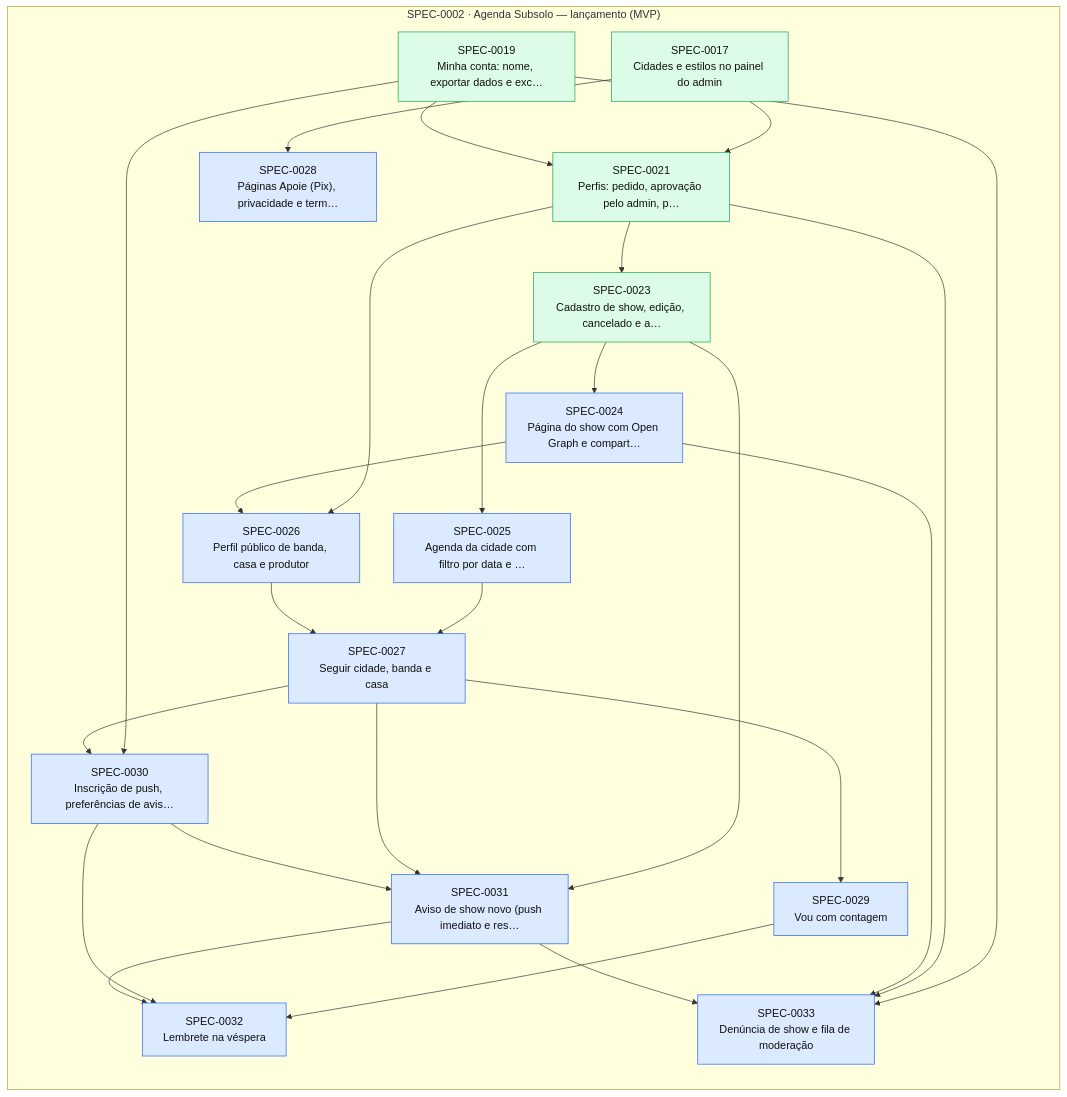
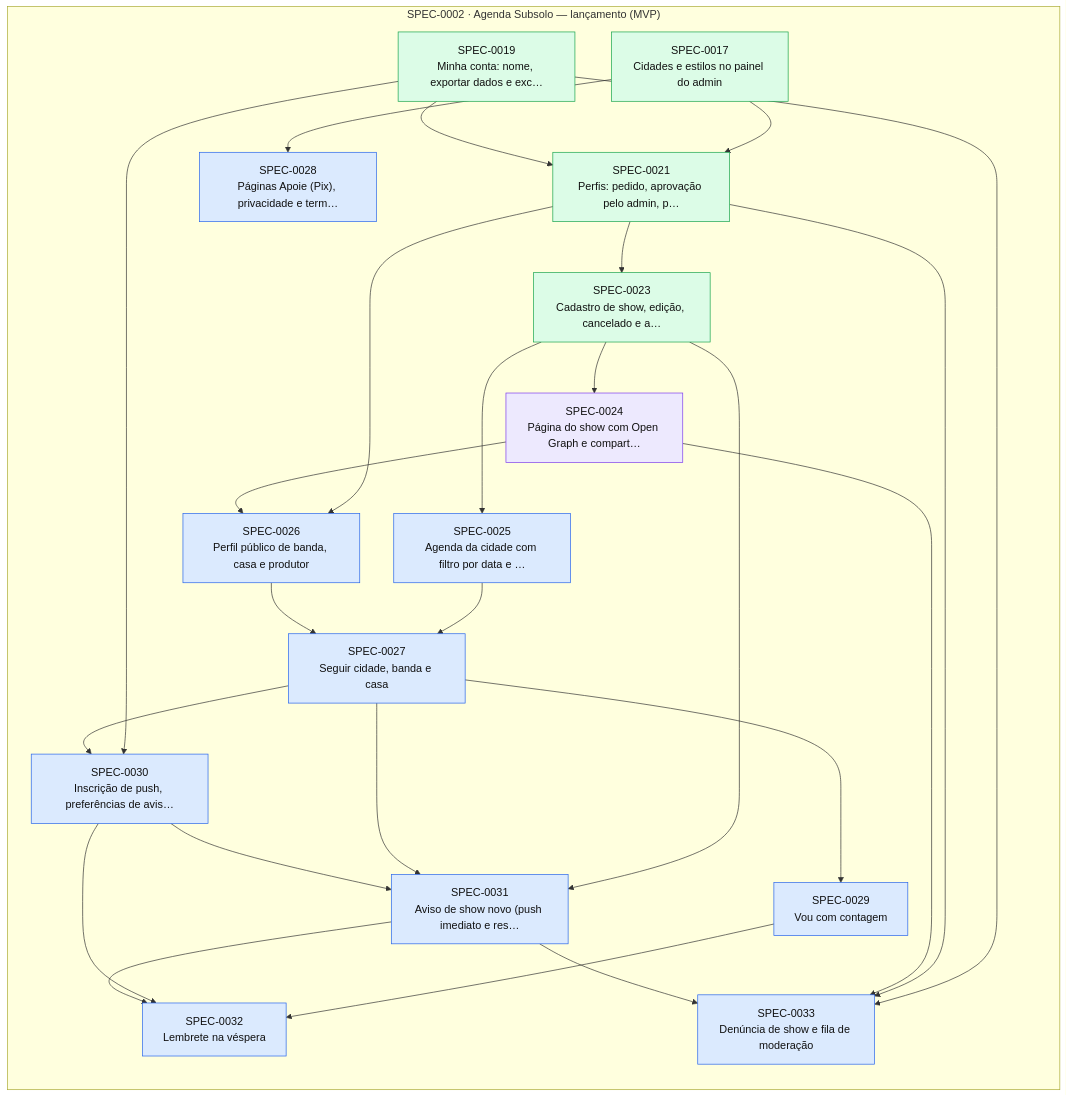
One commit to thomasravache/subsolo changed the diagram in docs/specs/INDEX.md. Above: the diagram before and after it, drawn with Mermaid. The commit also changed other lines of this file and 1 other file, not shown here.

First line of the commit message:
docs(sdd): start SPEC-0024

````diff
--- a/docs/specs/INDEX.md
+++ b/docs/specs/INDEX.md
@@ -75,47 +75,47 @@
 ```mermaid
 flowchart LR
   subgraph E0002["SPEC-0002 · Agenda Subsolo — lançamento (MVP)"]
     S0017["SPEC-0017<br/>Cidades e estilos no painel do admin"]:::implemented
     S0019["SPEC-0019<br/>Minha conta: nome, exportar dados e exc…"]:::implemented
     S0021["SPEC-0021<br/>Perfis: pedido, aprovação pelo admin, p…"]:::implemented
     S0023["SPEC-0023<br/>Cadastro de show, edição, cancelado e a…"]:::implemented
-    S0024["SPEC-0024<br/>Página do show com Open Graph e compart…"]:::approved
+    S0024["SPEC-0024<br/>Página do show com Open Graph e compart…"]:::inprogress
     S0025["SPEC-0025<br/>Agenda da cidade com filtro por data e …"]:::approved
     S0026["SPEC-0026<br/>Perfil público de banda, casa e produtor"]:::approved
     S0027["SPEC-0027<br/>Seguir cidade, banda e casa"]:::approved
     S0028["SPEC-0028<br/>Páginas Apoie (Pix), privacidade e term…"]:::approved
     S0029["SPEC-0029<br/>Vou com contagem"]:::approved
     S0030["SPEC-0030<br/>Inscrição de push, preferências de avis…"]:::approved
     S0031["SPEC-0031<br/>Aviso de show novo (push imediato e res…"]:::approved
     S0032["SPEC-0032<br/>Lembrete na véspera"]:::approved
     S0033["SPEC-0033<br/>Denúncia de show e fila de moderação"]:::approved
   end
   S0017 --> S0021
   S0019 --> S0021
   S0021 --> S0023
   S0023 --> S0024
   S0023 --> S0025
   S0021 --> S0026
   S0024 --> S0026
   S0025 --> S0027
   S0026 --> S0027
   S0017 --> S0028
   S0027 --> S0029
   S0019 --> S0030
   S0027 --> S0030
   S0023 --> S0031
   S0027 --> S0031
   S0030 --> S0031
   S0029 --> S0032
   S0030 --> S0032
   S0031 --> S0032
   S0019 --> S0033
   S0021 --> S0033
   S0024 --> S0033
   S0031 --> S0033
   classDef proposed fill:#fef3c7,stroke:#d97706,color:#111
   classDef approved fill:#dbeafe,stroke:#2563eb,color:#111
   classDef inprogress fill:#ede9fe,stroke:#7c3aed,color:#111
   classDef implemented fill:#dcfce7,stroke:#16a34a,color:#111
   classDef deprecated fill:#f3f4f6,stroke:#9ca3af,color:#6b7280
 ```
````
